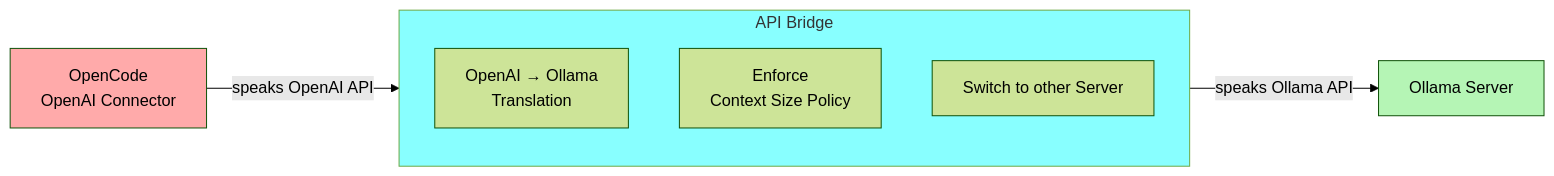
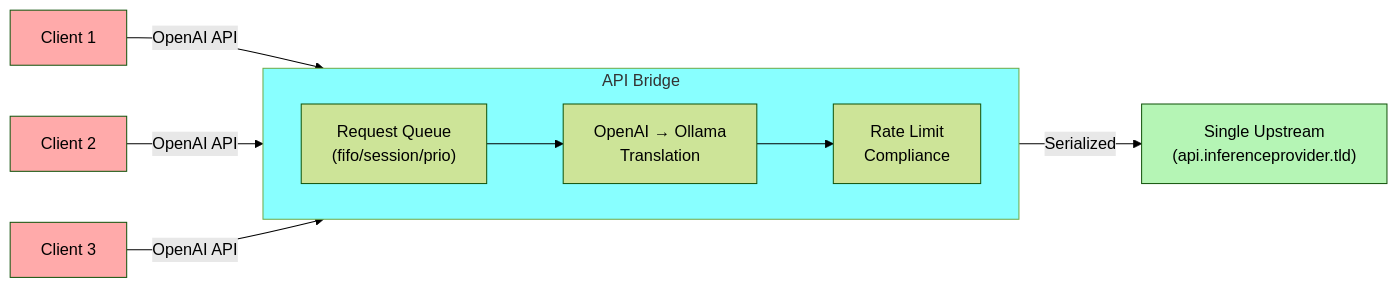
Before and after one commit to yasuoiwakura/openai-ollama-api-bridge: the fourth of 5 diagrams in README.md, drawn with Mermaid (forest theme). The commit also changed other lines of this file and 7 other files, not shown here.

````diff
--- a/README.md
+++ b/README.md
@@ -193,20 +344,29 @@
 ```mermaid
 flowchart LR
-
-    Client["OpenCode<br/>OpenAI Connector"]
-
+    Client1["Client 1"]
+    Client2["Client 2"]
+    Client3["Client 3"]
+    
     subgraph Bridge["API Bridge"]
+        direction LR
+        Queue["Request Queue<br/>(fifo/session/prio)"]
         TRANS["OpenAI → Ollama<br/>Translation"]
-        CONTEXT["Enforce<br/>Context Size Policy"]
-        FAILOVER["Switch to other Server"]
+        RATELIMIT["Rate Limit<br/>Compliance"]
     end
-
-    O1["Ollama Server"]
-
-    Client -->|"speaks OpenAI API"| Bridge
-    Bridge -->|"speaks Ollama API"| O1
-
-    style Client fill:#ffaaaa
+    
+    Upstream["Single Upstream<br/>(api.inferenceprovider.tld)"]
+    
+    Client1 -->|"OpenAI API"| Queue
+    Client2 -->|"OpenAI API"| Queue
+    Client3 -->|"OpenAI API"| Queue
+    
+    Queue --> TRANS
+    TRANS --> RATELIMIT
+    RATELIMIT -->|"Serialized"| Upstream
+    
+    style Client1 fill:#ffaaaa
+    style Client2 fill:#ffaaaa
+    style Client3 fill:#ffaaaa
     style Bridge fill:#88FFFF
-    style O1 fill:#b5f5b5
+    style Upstream fill:#b5f5b5
 ```
````
